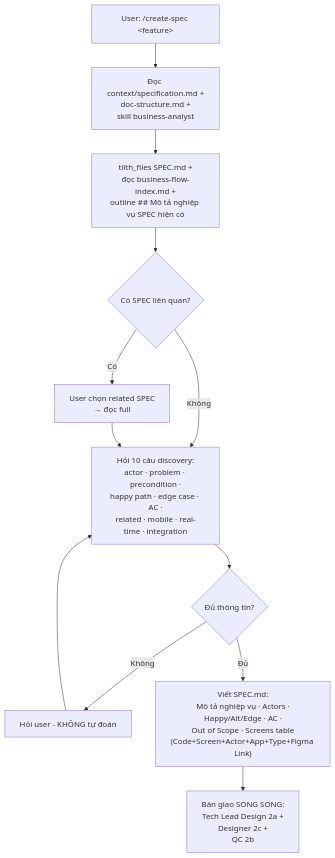
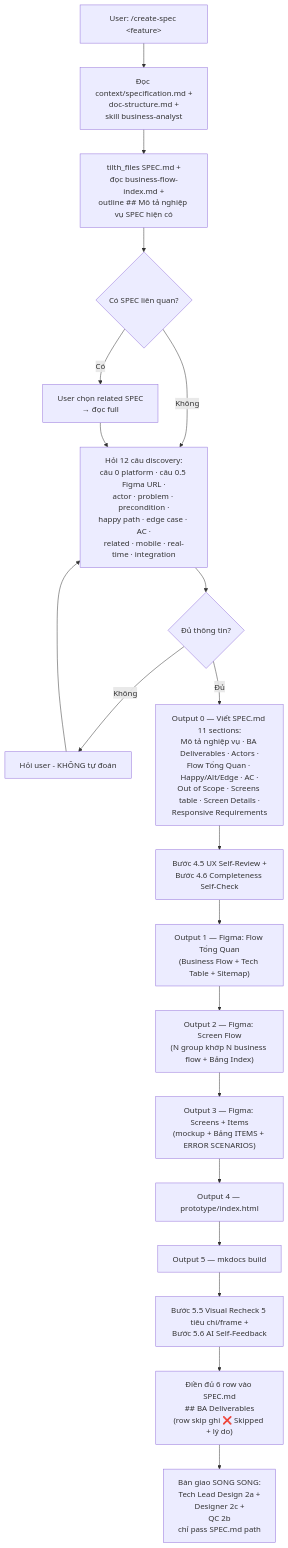
Before and after one commit to dipro-vn/dipro-ai-boost: the second of 10 diagrams in project-ai-kit/ai-agents-workflow.md, drawn with Mermaid. The commit also changed other lines of this file and 59 other files, not shown here.

Commit message:
feat: update flow BA agent

````diff
--- a/project-ai-kit/ai-agents-workflow.md
+++ b/project-ai-kit/ai-agents-workflow.md
@@ -78,14 +78,22 @@
 ```mermaid
 flowchart TD
     A["User: /create-spec &lt;feature&gt;"] --> B[Đọc context/specification.md +<br/>doc-structure.md +<br/>skill business-analyst]
     B --> C["tilth_files SPEC.md +<br/>đọc business-flow-index.md +<br/>outline ## Mô tả nghiệp vụ SPEC hiện có"]
     C --> D{Có SPEC liên quan?}
     D -- Có --> E[User chọn related SPEC<br/>→ đọc full]
-    D -- Không --> F[Hỏi 10 câu discovery:<br/>actor · problem · precondition ·<br/>happy path · edge case · AC ·<br/>related · mobile · real-time · integration]
+    D -- Không --> F[Hỏi 12 câu discovery:<br/>câu 0 platform · câu 0.5 Figma URL ·<br/>actor · problem · precondition ·<br/>happy path · edge case · AC ·<br/>related · mobile · real-time · integration]
     E --> F
     F --> G{Đủ thông tin?}
     G -- Không --> H[Hỏi user - KHÔNG tự đoán]
     H --> F
-    G -- Đủ --> I["Viết SPEC.md:<br/>Mô tả nghiệp vụ · Actors ·<br/>Happy/Alt/Edge · AC ·<br/>Out of Scope · Screens table<br/>(Code+Screen+Actor+App+Type+Figma Link)"]
-    I --> J[Bàn giao SONG SONG:<br/>Tech Lead Design 2a +<br/>Designer 2c +<br/>QC 2b]
+    G -- Đủ --> I["Output 0 — Viết SPEC.md 11 sections:<br/>Mô tả nghiệp vụ · BA Deliverables · Actors ·<br/>Flow Tổng Quan · Happy/Alt/Edge · AC ·<br/>Out of Scope · Screens table · Screen Details ·<br/>Responsive Requirements"]
+    I --> I2[Bước 4.5 UX Self-Review +<br/>Bước 4.6 Completeness Self-Check]
+    I2 --> K1["Output 1 — Figma: Flow Tổng Quan<br/>(Business Flow + Tech Table + Sitemap)"]
+    K1 --> K2["Output 2 — Figma: Screen Flow<br/>(N group khớp N business flow + Bảng Index)"]
+    K2 --> K3["Output 3 — Figma: Screens + Items<br/>(mockup + Bảng ITEMS + ERROR SCENARIOS)"]
+    K3 --> K4["Output 4 — prototype/index.html"]
+    K4 --> K5["Output 5 — mkdocs build"]
+    K5 --> L[Bước 5.5 Visual Recheck 5 tiêu chí/frame +<br/>Bước 5.6 AI Self-Feedback]
+    L --> M["Điền đủ 6 row vào SPEC.md<br/>## BA Deliverables<br/>(row skip ghi ❌ Skipped + lý do)"]
+    M --> J[Bàn giao SONG SONG:<br/>Tech Lead Design 2a +<br/>Designer 2c +<br/>QC 2b<br/>chỉ pass SPEC.md path]
 ```
````
